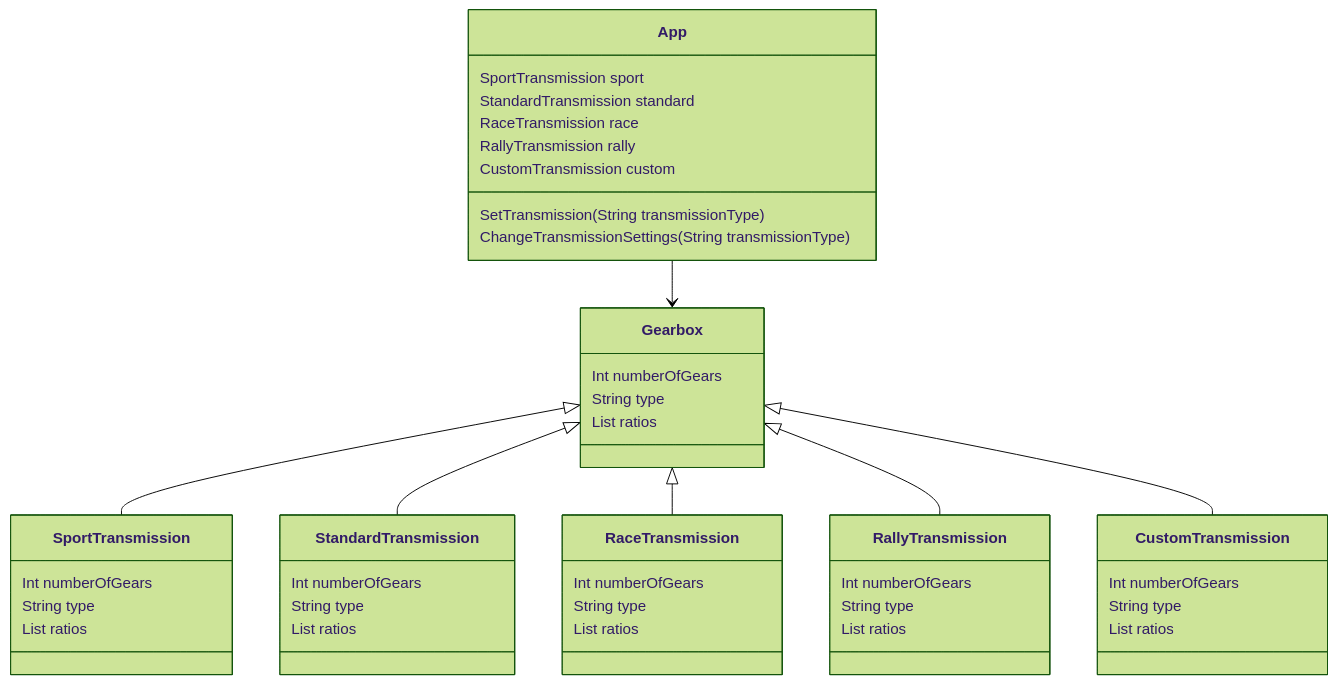
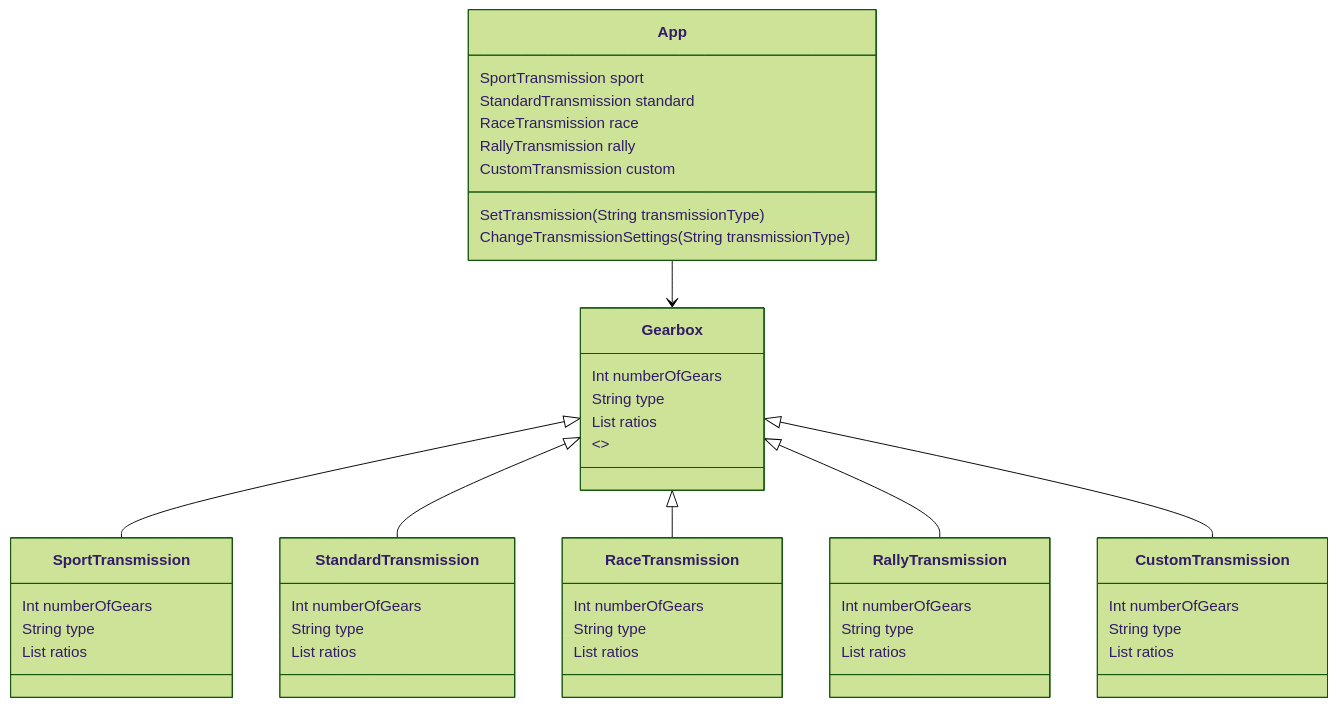
The diagram in GearboxV2/README.md (RockFreakRickerd/SameCodeDifferentLanguagues), drawn with Mermaid (forest theme) before and after one commit.

````diff
--- a/GearboxV2/README.md
+++ b/GearboxV2/README.md
@@ -20,34 +20,35 @@
 ```mermaid
 classDiagram
  App --> Gearbox
  Gearbox <|-- SportTransmission
  Gearbox <|-- StandardTransmission
  Gearbox <|-- RaceTransmission
  Gearbox <|-- RallyTransmission
  Gearbox <|-- CustomTransmission
  App: SportTransmission sport
  App: StandardTransmission standard
  App: RaceTransmission race
  App: RallyTransmission rally
  App: CustomTransmission custom
  App: SetTransmission(String transmissionType)
  App: ChangeTransmissionSettings(String transmissionType)
  Gearbox: Int numberOfGears
  Gearbox: String type
  Gearbox: List ratios
  SportTransmission: Int numberOfGears
  SportTransmission: String type
  SportTransmission: List ratios
  StandardTransmission: Int numberOfGears
  StandardTransmission: String type
  StandardTransmission: List ratios
  RaceTransmission: Int numberOfGears
  RaceTransmission: String type
  RaceTransmission: List ratios
  RallyTransmission: Int numberOfGears
  RallyTransmission: String type
  RallyTransmission: List ratios
  CustomTransmission: Int numberOfGears
  CustomTransmission: String type
  CustomTransmission: List ratios
+ Gearbox: <<Abstract>>
 ```
````
